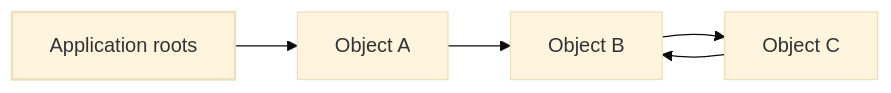
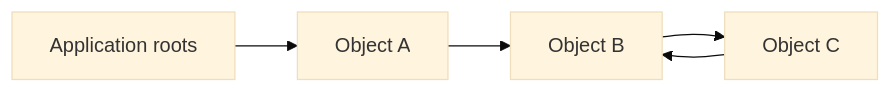
Before and after one commit to AvadhBhalodiya/Interview-Preparation: the seventh of 15 diagrams in src/content/python/garbage-collection.md, drawn with Mermaid (base theme). The commit also changed other lines of this file and 113 other files, not shown here.

````diff
--- a/src/content/python/garbage-collection.md
+++ b/src/content/python/garbage-collection.md
@@ -397,16 +345,14 @@
 ```mermaid
 flowchart LR
     Root[Application roots]
 
     A[Object A]
     B[Object B]
     C[Object C]
 
     Root --> A
     A --> B
 
     B --> C
     C --> B
-
-    style Root stroke-width:2px
 ```
````
